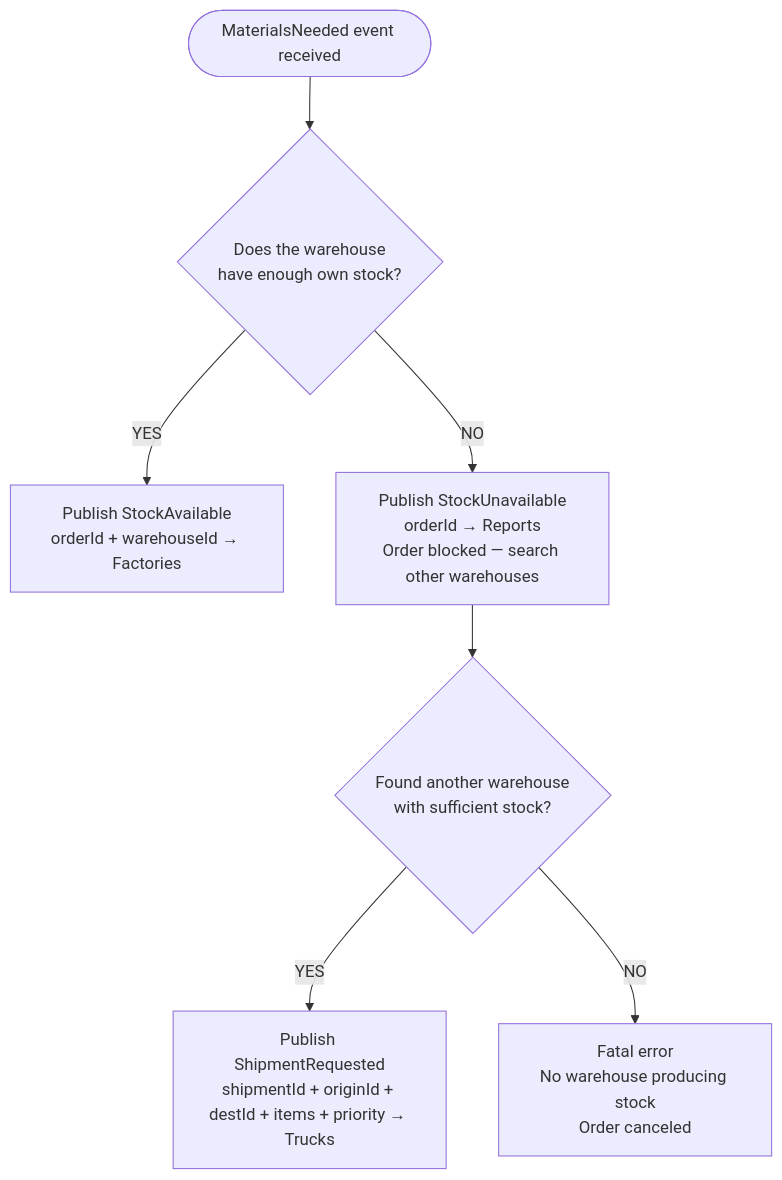
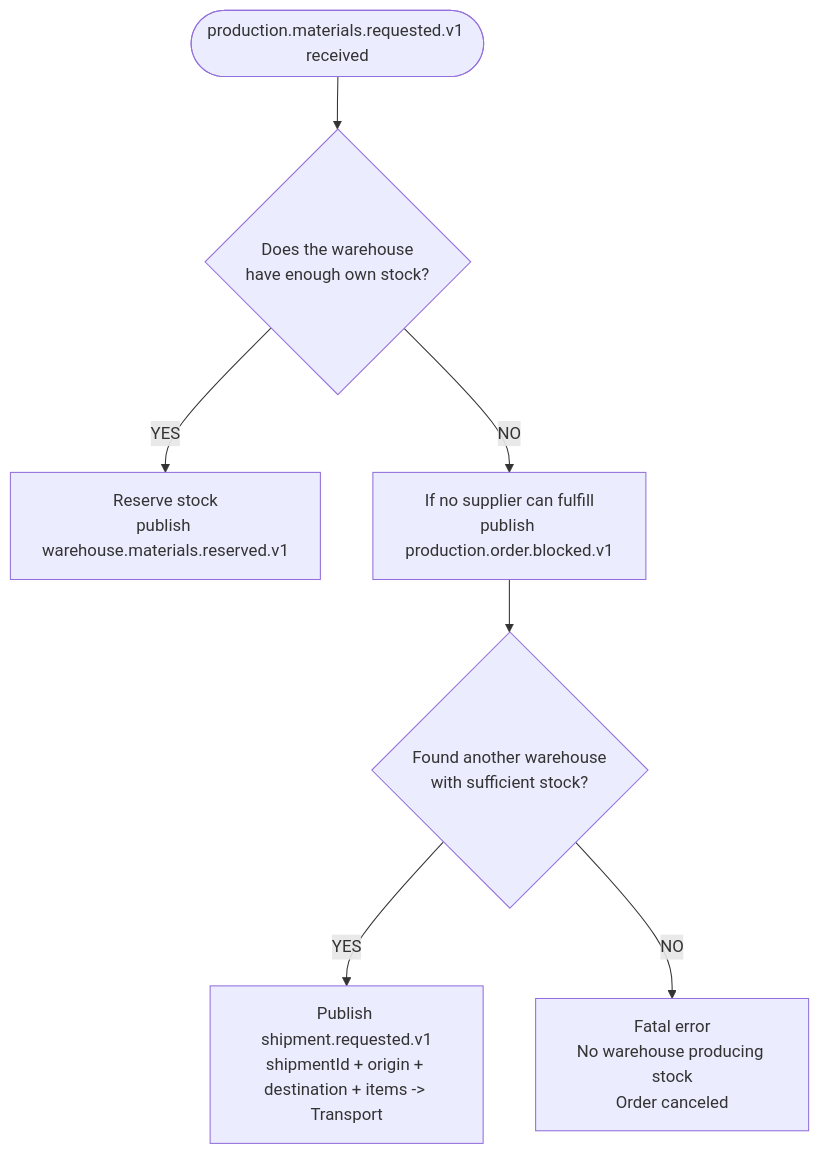
One commit to PauLopNun/workshop-suministros changed the fifth of 5 diagrams in warehouse/ddd.md. Above: the diagram before and after it, drawn with Mermaid. The commit also changed other lines of this file and 5 other files, not shown here.

````diff
--- a/warehouse/ddd.md
+++ b/warehouse/ddd.md
@@ -143,16 +143,16 @@
 ```mermaid
 flowchart TD
-    START([MaterialsNeeded event received])
+    START([production.materials.requested.v1 received])
     Q1{Does the warehouse\nhave enough own stock?}
-    YES1[Publish StockAvailable\norderId + warehouseId → Factories]
-    NO1[Publish StockUnavailable\norderId → Reports\nOrder blocked — search other warehouses]
+    YES1[Reserve stock\npublish warehouse.materials.reserved.v1]
+    NO1[If no supplier can fulfill\npublish production.order.blocked.v1]
     Q2{Found another warehouse\nwith sufficient stock?}
-    YES2[Publish ShipmentRequested\nshipmentId + originId + destId + items + priority → Trucks]
+    YES2[Publish shipment.requested.v1\nshipmentId + origin + destination + items -> Transport]
     NO2[Fatal error\nNo warehouse producing stock\nOrder canceled]
     START --> Q1
     Q1 -->|YES| YES1
     Q1 -->|NO| NO1
     NO1 --> Q2
     Q2 -->|YES| YES2
     Q2 -->|NO| NO2
 ```
````
